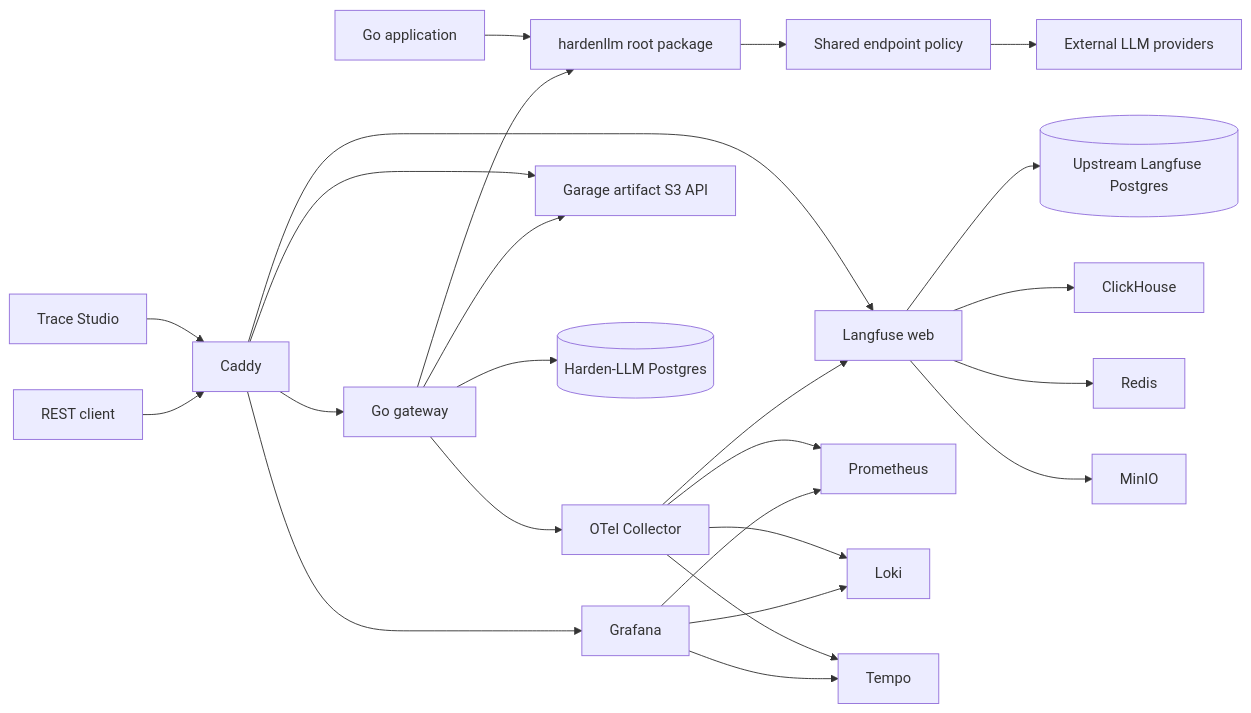
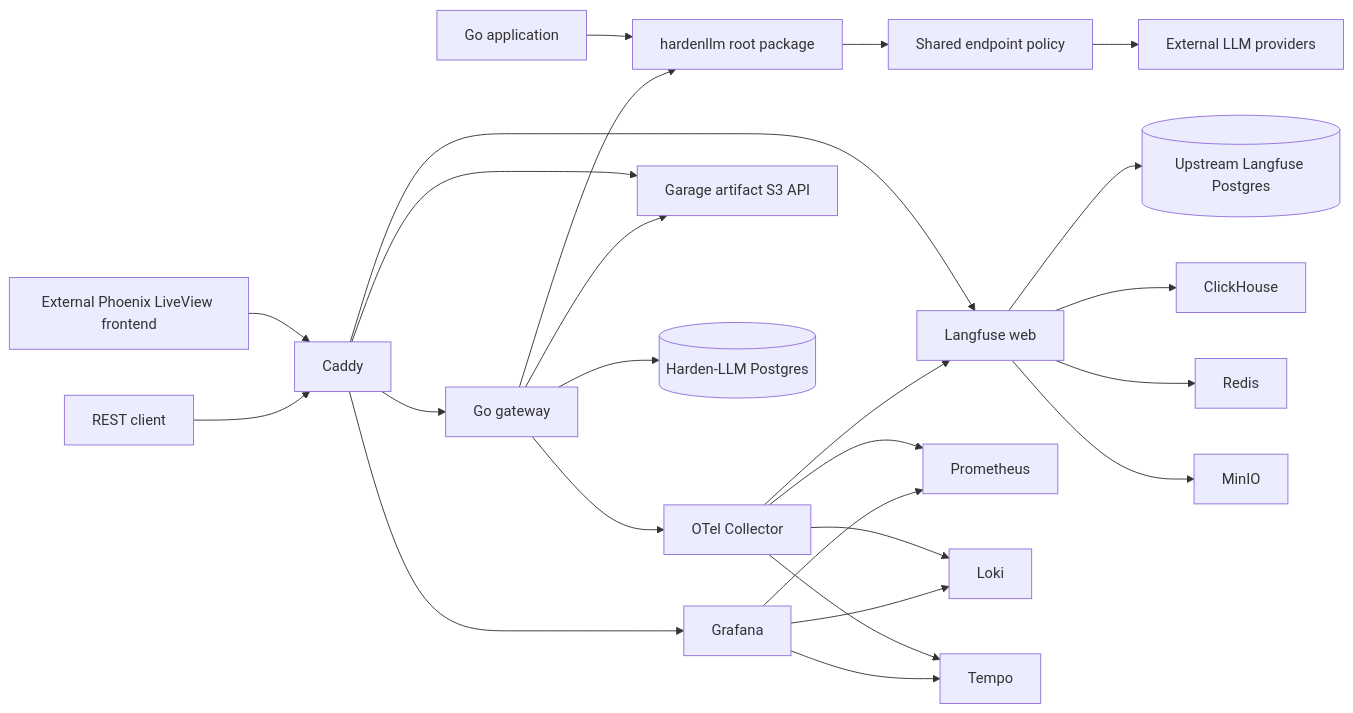
One commit to prls-co/harden-llm changed the diagram in plans/from_utility-llm/harden-llm-self-hosted-implementation-plan.md. Above: the diagram before and after it, drawn with Mermaid. The commit also changed other lines of this file and 3 other files, not shown here.

````diff
--- a/plans/from_utility-llm/harden-llm-self-hosted-implementation-plan.md
+++ b/plans/from_utility-llm/harden-llm-self-hosted-implementation-plan.md
@@ -120,27 +123,27 @@
 ```mermaid
 flowchart LR
   GoApp[Go application] --> Lib[hardenllm root package]
-  Browser[Trace Studio] --> Caddy[Caddy]
+  Phoenix[External Phoenix LiveView frontend] --> Caddy[Caddy]
   Client[REST client] --> Caddy
   Caddy --> Gateway[Go gateway]
   Caddy --> Grafana[Grafana]
   Caddy --> Langfuse[Langfuse web]
   Caddy --> Garage[Garage artifact S3 API]
   Gateway --> Lib
   Lib --> SafeHTTP[Shared endpoint policy]
   SafeHTTP --> Providers[External LLM providers]
   Gateway --> PG[(Harden-LLM Postgres)]
   Gateway --> Garage
   Gateway --> Collector[OTel Collector]
   Collector --> Prometheus[Prometheus]
   Collector --> Loki[Loki]
   Collector --> Tempo[Tempo]
   Collector --> Langfuse
   Grafana --> Prometheus
   Grafana --> Loki
   Grafana --> Tempo
   Langfuse --> LFPG[(Upstream Langfuse Postgres)]
   Langfuse --> ClickHouse[ClickHouse]
   Langfuse --> Redis[Redis]
   Langfuse --> MinIO[MinIO]
 ```
````
